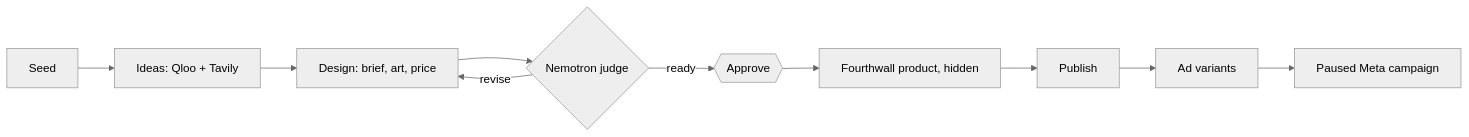
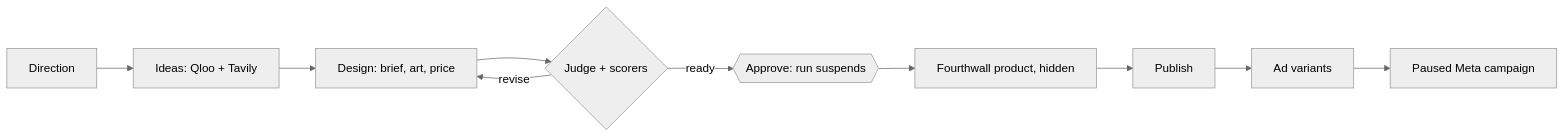
The diagram in docs/prd.md (sami-m-g/wovain), drawn with Mermaid (neutral theme) before and after one commit. The commit also changed other lines of this file and 2 other files, not shown here.

````diff
--- a/docs/prd.md
+++ b/docs/prd.md
@@ -25,12 +26,12 @@
 ```mermaid
 flowchart LR
-  A[Seed] --> B[Ideas: Qloo + Tavily]
+  A[Direction] --> B[Ideas: Qloo + Tavily]
   B --> C[Design: brief, art, price]
-  C --> D{Nemotron judge}
+  C --> D{Judge + scorers}
   D -- revise --> C
-  D -- ready --> E{{Approve}}
+  D -- ready --> E{{Approve: run suspends}}
   E --> F[Fourthwall product, hidden]
   F --> G[Publish]
   G --> H[Ad variants]
   H --> I[Paused Meta campaign]
 ```
````
